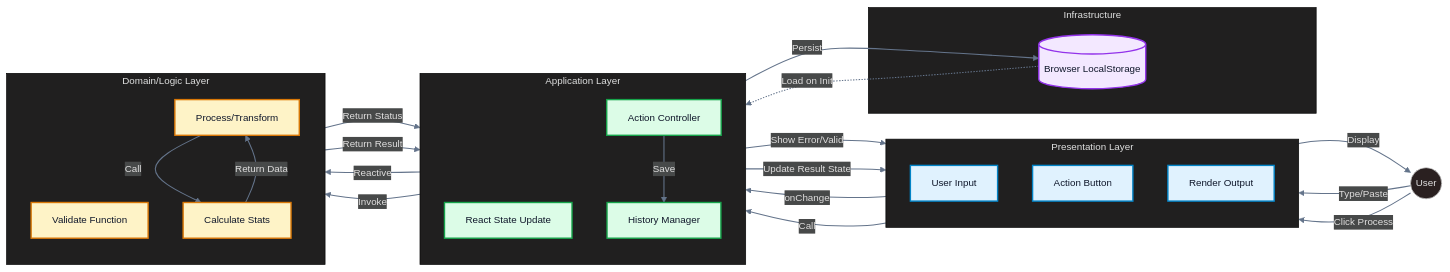
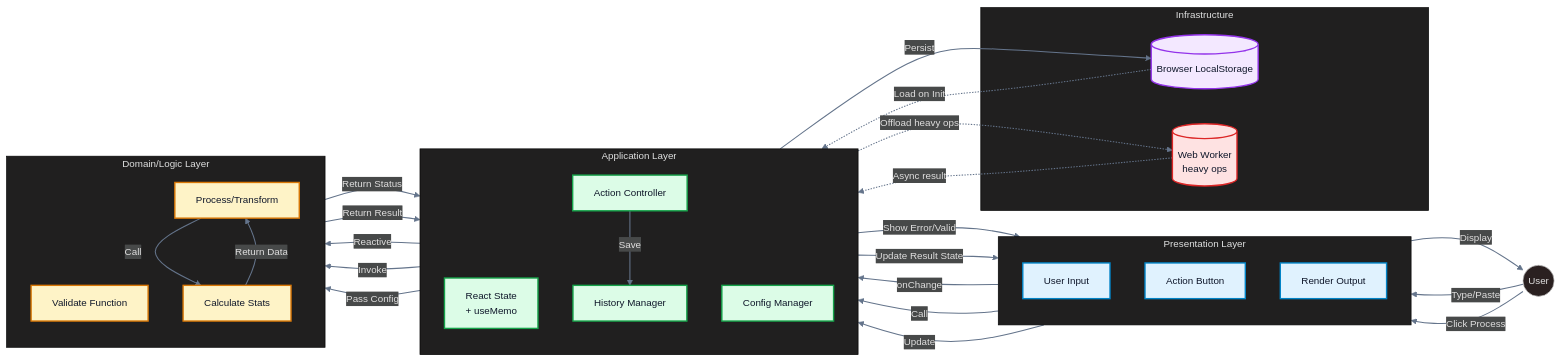
One commit to monaty1/devflow-ai changed the first of 2 diagrams in README.md. Above: the diagram before and after it, drawn with Mermaid. The commit also changed other lines of this file, not shown here.

Commit message:
docs: enhance architecture flowchart with Config Manager and Web Worker
Add missing patterns to the Mermaid diagram in README (both EN + ES):
- Hook_Config node in Application Layer (config/mode management)
- Web Worker node in Infrastructure (heavy operations: code-review,
  prompt-analyzer, regex-humanizer use workers for parallel processing)
- Hook_State now shows useMemo computed values
- Config Manager → Logic_Process edge (config passed to transforms)
- Dashed Worker offload/result edges (async parallel pattern)

Diagram now accurately represents all 4 architectural patterns used
across the 15 tools rather than just the basic state machine.

````diff
--- a/README.md
+++ b/README.md
@@ -112,58 +112,66 @@
 ```mermaid
 ---
 config:
   theme: neo-dark
 ---
 flowchart LR
     classDef ui fill:#e0f2fe,stroke:#0284c7,stroke-width:2px,color:#0f172a
     classDef hook fill:#dcfce7,stroke:#16a34a,stroke-width:2px,color:#0f172a
     classDef lib fill:#fef3c7,stroke:#d97706,stroke-width:2px,color:#0f172a
     classDef storage fill:#f3e8ff,stroke:#9333ea,stroke-width:2px,color:#0f172a
+    classDef worker fill:#fee2e2,stroke:#dc2626,stroke-width:2px,color:#0f172a
     User((User))
     subgraph Presentation ["Presentation Layer"]
         direction TB
         UI_Input[User Input]:::ui
         UI_Button[Action Button]:::ui
         UI_Render[Render Output]:::ui
     end
 
     subgraph AppLayer ["Application Layer"]
         direction TB
-        Hook_State[React State Update]:::hook
+        Hook_State["React State\n+ useMemo"]:::hook
         Hook_Controller[Action Controller]:::hook
+        Hook_Config[Config Manager]:::hook
         Hook_History[History Manager]:::hook
     end
 
     subgraph DomainLayer ["Domain/Logic Layer"]
         direction TB
         Logic_Validate[Validate Function]:::lib
         Logic_Process[Process/Transform]:::lib
         Logic_Stats[Calculate Stats]:::lib
     end
 
     subgraph Infra ["Infrastructure"]
         LocalStorage[("Browser LocalStorage")]:::storage
+        Worker[("Web Worker\nheavy ops")]:::worker
     end
     User -->|Type/Paste| UI_Input
     User -->|Click Process| UI_Button
     UI_Render -->|Display| User
 
     UI_Input -->|onChange| Hook_State
     UI_Button -->|Call| Hook_Controller
+    UI_Button -->|Update| Hook_Config
 
     Hook_State -->|Reactive| Logic_Validate
     Logic_Validate -->|Return Status| Hook_State
     Hook_State -->|Show Error/Valid| UI_Render
 
     Hook_Controller -->|Invoke| Logic_Process
+    Hook_Config -->|Pass Config| Logic_Process
     Logic_Process -->|Return Result| Hook_Controller
     Hook_Controller -->|Update Result State| UI_Render
 
     Logic_Process -->|Call| Logic_Stats
     Logic_Stats -->|Return Data| Logic_Process
 
+    Hook_Controller -.->|Offload heavy ops| Worker
+    Worker -.->|Async result| Hook_Controller
+
     Hook_Controller -->|Save| Hook_History
     Hook_History -->|Persist| LocalStorage
     LocalStorage -.->|Load on Init| Hook_History
     linkStyle default stroke:#64748b,stroke-width:1.5px
 ```
````
